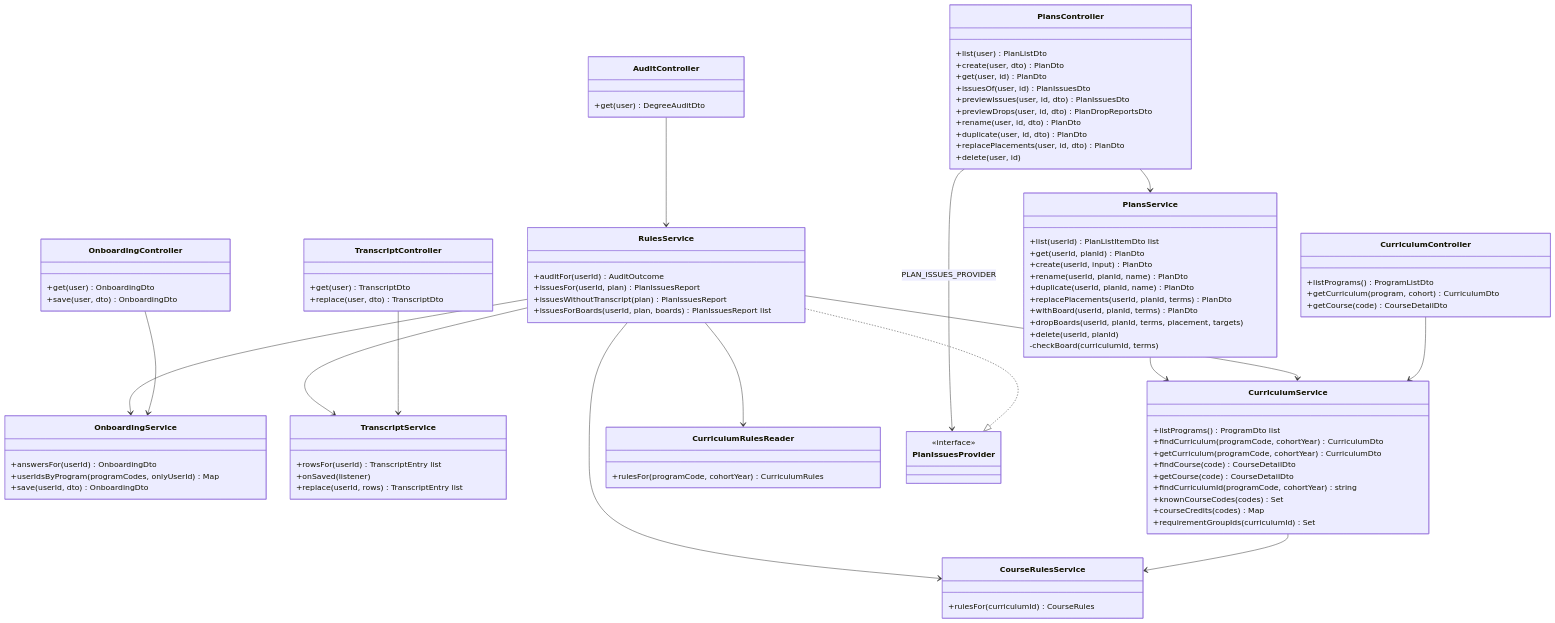
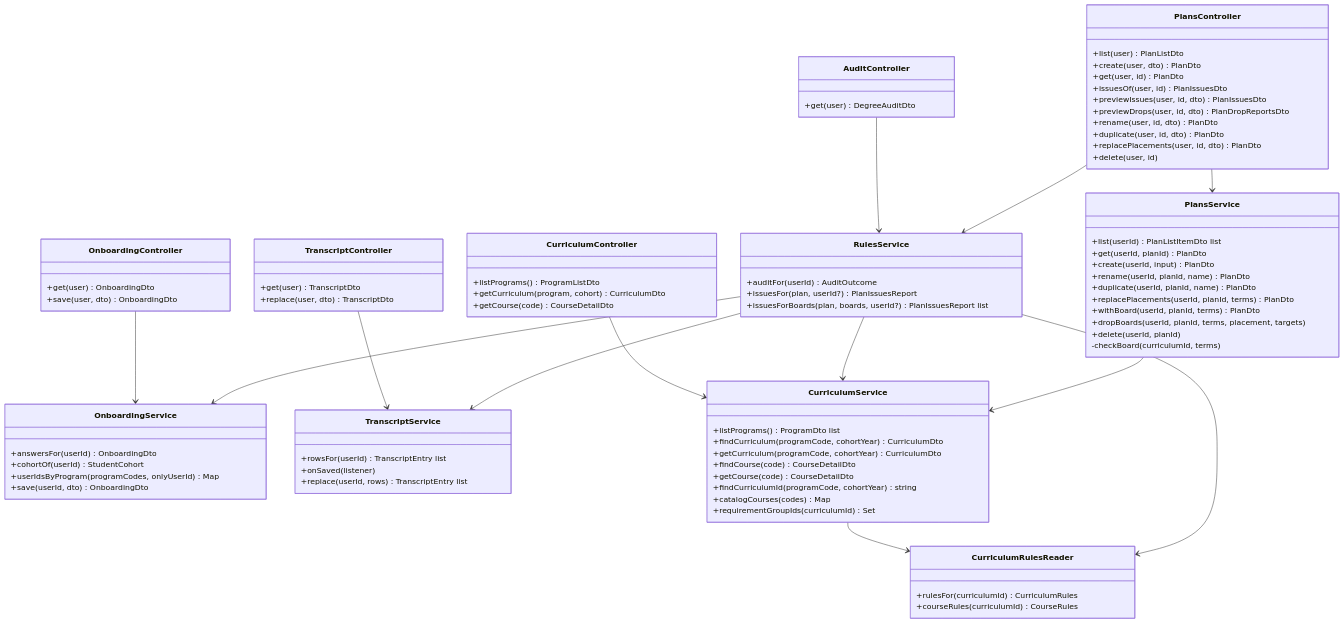
Diagram 13 of 17 in docs/analysis-and-design/class-model.md (LLaammTTeerr/omnicourses), drawn with Mermaid before and after one commit. The commit also changed other lines of this file and 11 other files, not shown here.

````diff
--- a/docs/analysis-and-design/class-model.md
+++ b/docs/analysis-and-design/class-model.md
@@ -939,6 +924,7 @@
     }
     class OnboardingService {
         +answersFor(userId) OnboardingDto
+        +cohortOf(userId) StudentCohort
         +userIdsByProgram(programCodes, onlyUserId) Map
         +save(userId, dto) OnboardingDto
     }
@@ -963,27 +949,20 @@
         +findCourse(code) CourseDetailDto
         +getCourse(code) CourseDetailDto
         +findCurriculumId(programCode, cohortYear) string
-        +knownCourseCodes(codes) Set
-        +courseCredits(codes) Map
+        +catalogCourses(codes) Map
         +requirementGroupIds(curriculumId) Set
     }
-    class CourseRulesService {
-        +rulesFor(curriculumId) CourseRules
-    }
     class CurriculumRulesReader {
-        +rulesFor(programCode, cohortYear) CurriculumRules
+        +rulesFor(curriculumId) CurriculumRules
+        +courseRules(curriculumId) CourseRules
     }
     class AuditController {
         +get(user) DegreeAuditDto
     }
     class RulesService {
         +auditFor(userId) AuditOutcome
-        +issuesFor(userId, plan) PlanIssuesReport
-        +issuesWithoutTranscript(plan) PlanIssuesReport
-        +issuesForBoards(userId, plan, boards) PlanIssuesReport list
-    }
-    class PlanIssuesProvider {
-        <<interface>>
+        +issuesFor(plan, userId?) PlanIssuesReport
+        +issuesForBoards(plan, boards, userId?) PlanIssuesReport list
     }
     class PlansController {
         +list(user) PlanListDto
@@ -1012,15 +991,13 @@
     OnboardingController --> OnboardingService
     TranscriptController --> TranscriptService
     CurriculumController --> CurriculumService
-    CurriculumService --> CourseRulesService
+    CurriculumService --> CurriculumRulesReader
     AuditController --> RulesService
-    RulesService ..|> PlanIssuesProvider
     RulesService --> OnboardingService
     RulesService --> TranscriptService
     RulesService --> CurriculumRulesReader
-    RulesService --> CourseRulesService
     RulesService --> CurriculumService
     PlansController --> PlansService
-    PlansController --> PlanIssuesProvider : PLAN_ISSUES_PROVIDER
+    PlansController --> RulesService
     PlansService --> CurriculumService
 ```
````
